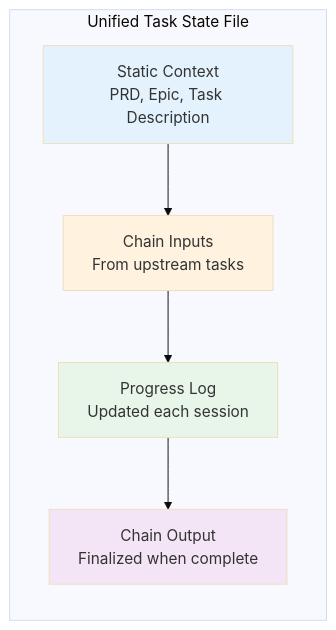
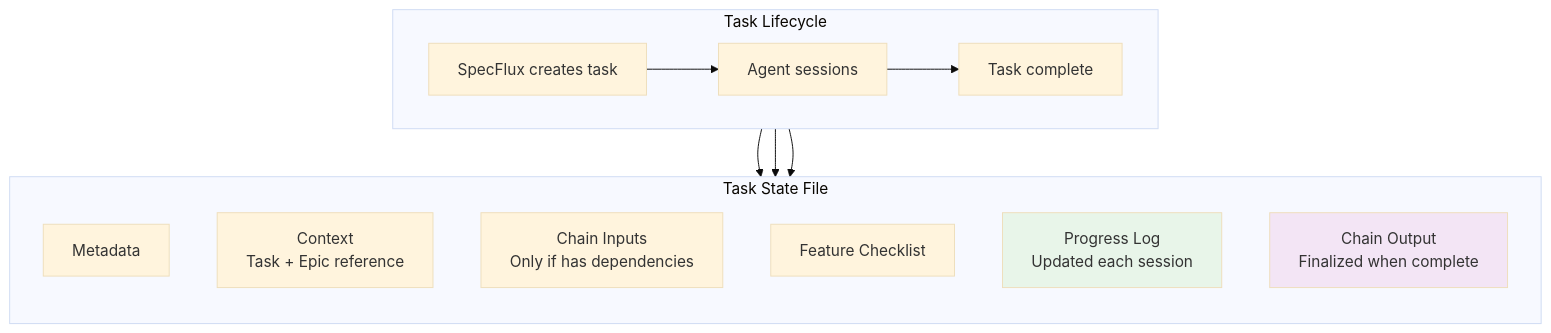
The first of 2 diagrams in docs/research/unified-task-state-design.md (cliangdev/specflux), drawn with Mermaid (base theme) before and after one commit. The commit also changed other lines of this file, not shown here.

First line of the commit message:
docs: restructure unified task state design for clarity

````diff
--- a/docs/research/unified-task-state-design.md
+++ b/docs/research/unified-task-state-design.md
@@ -73,17 +27,25 @@
 ```mermaid
 flowchart TB
-    subgraph "Unified Task State File"
-        direction TB
-        CTX[Static Context<br/>PRD, Epic, Task Description]
-        INPUT[Chain Inputs<br/>From upstream tasks]
-        PROGRESS[Progress Log<br/>Updated each session]
-        OUTPUT[Chain Output<br/>Finalized when complete]
-
-        CTX --> INPUT --> PROGRESS --> OUTPUT
+    subgraph "Task Lifecycle"
+        direction LR
+        CREATE[SpecFlux creates task] --> SESSION[Agent sessions]
+        SESSION --> COMPLETE[Task complete]
     end
 
-    style CTX fill:#E3F2FD
-    style INPUT fill:#FFF3E0
+    subgraph "Task State File"
+        direction TB
+        META[Metadata]
+        CTX[Context<br/>Task + Epic reference]
+        CHAIN_IN[Chain Inputs<br/>Only if has dependencies]
+        CHECKLIST[Feature Checklist]
+        PROGRESS[Progress Log<br/>Updated each session]
+        CHAIN_OUT[Chain Output<br/>Finalized when complete]
+    end
+
+    CREATE --> META
+    SESSION --> PROGRESS
+    COMPLETE --> CHAIN_OUT
+
     style PROGRESS fill:#E8F5E9
-    style OUTPUT fill:#F3E5F5
+    style CHAIN_OUT fill:#F3E5F5
 ```
````
